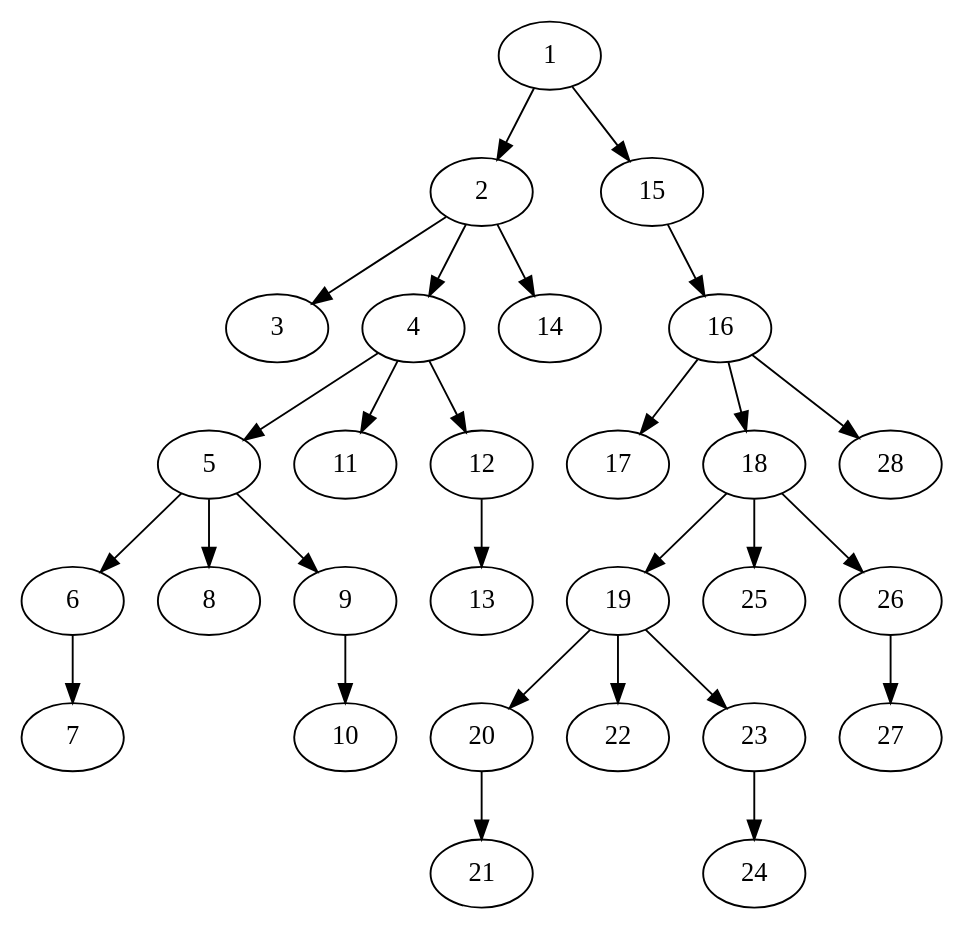
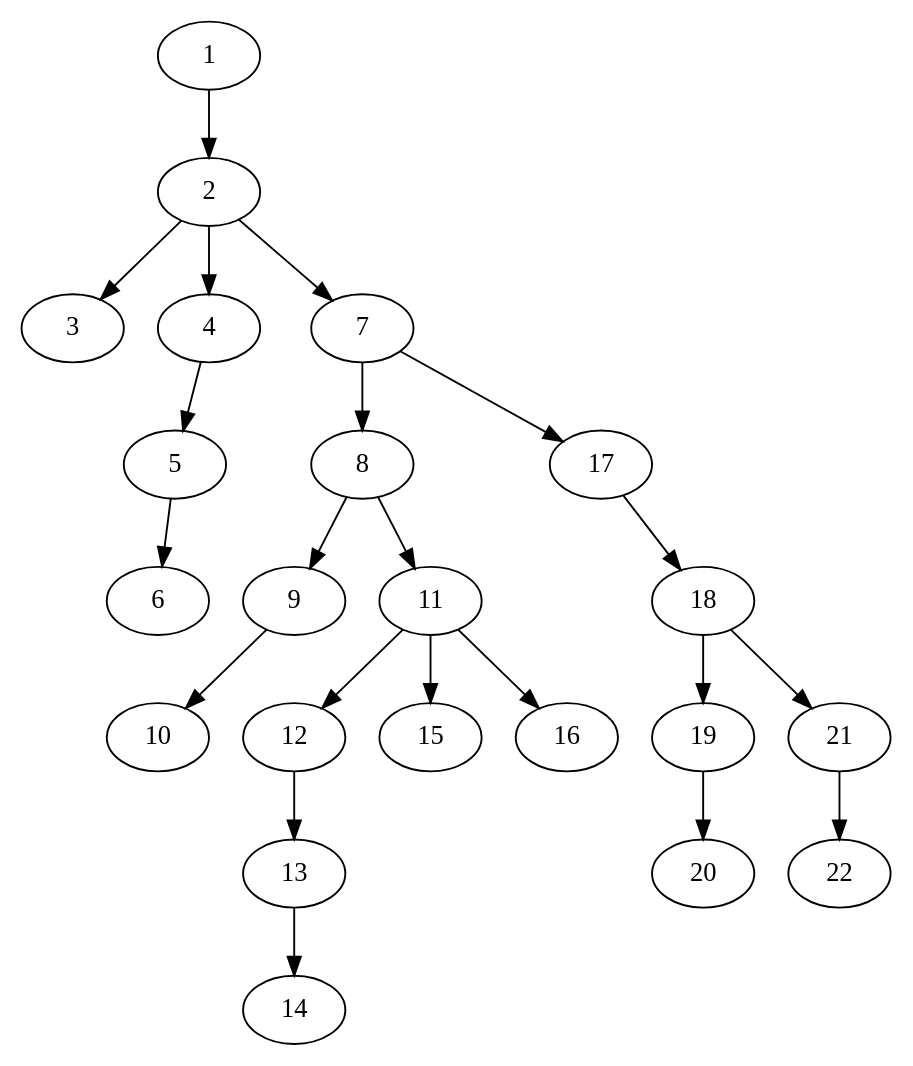
Before and after one commit to Ajax12345/caspian-lang: the diagram in caspian/src/ast_stuff.dot, drawn with Graphviz. The commit also changed 6 other files, not shown here.

```diff
--- a/caspian/src/ast_stuff.dot
+++ b/caspian/src/ast_stuff.dot
@@ -1,29 +1,23 @@
 strict digraph "" {
 	1 -> 2;
-	1 -> 15;
 	2 -> 3;
 	2 -> 4;
-	2 -> 14;
+	2 -> 7;
 	4 -> 5;
-	4 -> 11;
-	4 -> 12;
 	5 -> 6;
-	5 -> 8;
-	5 -> 9;
-	6 -> 7;
+	7 -> 8;
+	7 -> 17;
+	8 -> 9;
+	8 -> 11;
 	9 -> 10;
+	11 -> 12;
+	11 -> 15;
+	11 -> 16;
 	12 -> 13;
-	15 -> 16;
-	16 -> 17;
-	16 -> 18;
-	16 -> 28;
+	13 -> 14;
+	17 -> 18;
 	18 -> 19;
-	18 -> 25;
-	18 -> 26;
+	18 -> 21;
 	19 -> 20;
-	19 -> 22;
-	19 -> 23;
-	20 -> 21;
-	23 -> 24;
-	26 -> 27;
+	21 -> 22;
 }
```
